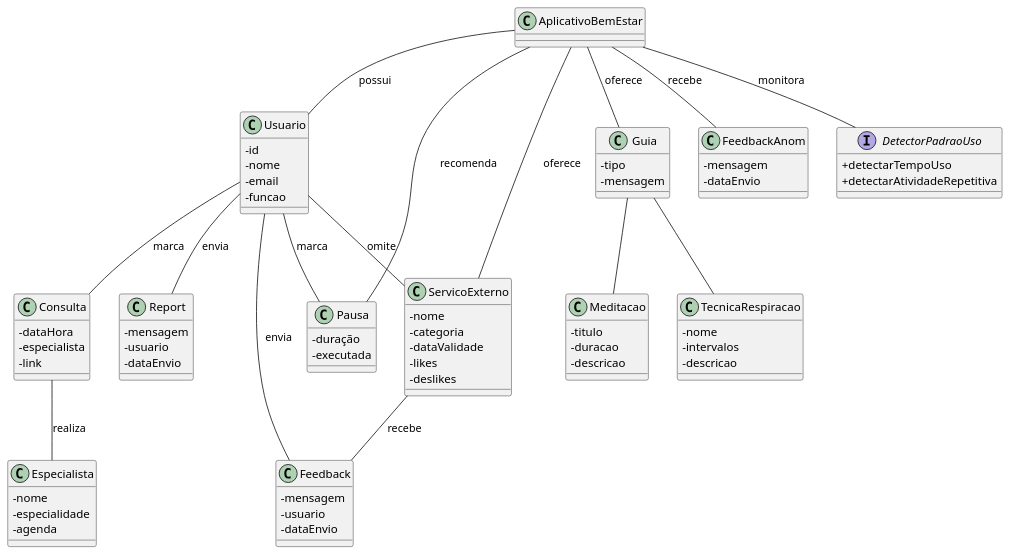
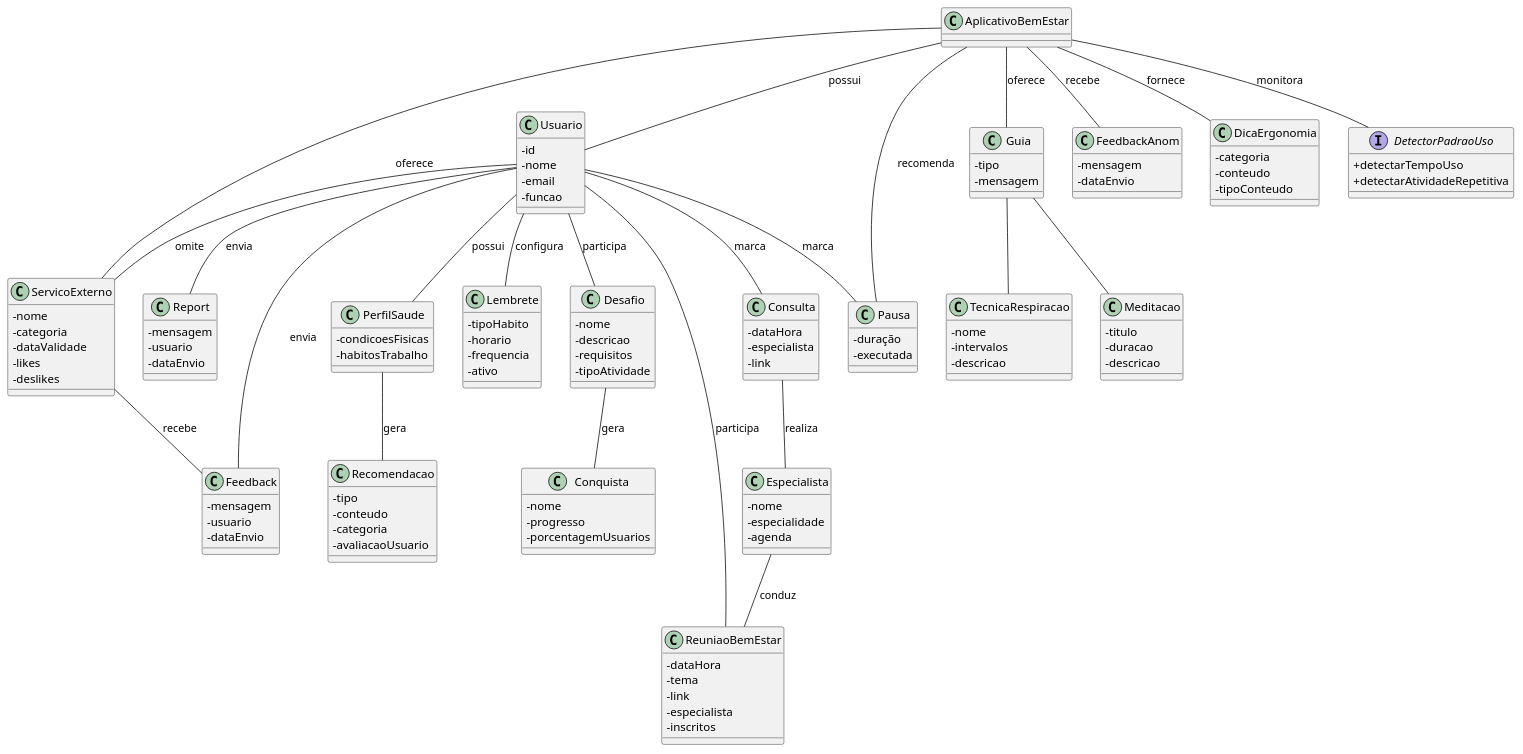
Before and after one commit to gilmarUFG/rs_es_20251_g2: the diagram in trabalho_final/modelos_uml/classes_analise.plantuml, drawn with PlantUML.

Commit message:
Update classes_analise.plantuml
Adaptando o diagrama de classes para as novas HU's

```diff
--- a/trabalho_final/modelos_uml/classes_analise.plantuml
+++ b/trabalho_final/modelos_uml/classes_analise.plantuml
@@ -1,97 +1,154 @@
 @startuml
 ' Diagrama de classes g2
 skinparam classAttributeIconSize 0
 
 class AplicativoBemEstar
 
 class Usuario {
     -id
     -nome
     -email
     -funcao
 }
 
 class Guia {
     -tipo
     -mensagem
 }
 
 class Meditacao {
     -titulo
     -duracao
     -descricao
 }
 
 class TecnicaRespiracao {
     -nome
     -intervalos
     -descricao
 }
 
 class ServicoExterno {
     -nome
     -categoria
     -dataValidade
     -likes
     -deslikes
 }
 
 class Especialista {
     -nome
     -especialidade
     -agenda
 }
 
 class Consulta {
     -dataHora
     -especialista
     -link
 }
 
 class Feedback {
     -mensagem
     -usuario
     -dataEnvio
 }
 
 class Report {
     -mensagem
     -usuario
     -dataEnvio
 }
 
 class FeedbackAnom {
     -mensagem
     -dataEnvio
 }
 
 class Pausa {
     -duração
     -executada
 }
 
+class PerfilSaude {
+    -condicoesFisicas
+    -habitosTrabalho
+}
+
+class Recomendacao {
+    -tipo
+    -conteudo
+    -categoria
+    -avaliacaoUsuario
+}
+
+class DicaErgonomia {
+    -categoria
+    -conteudo
+    -tipoConteudo
+}
+
+class Lembrete {
+    -tipoHabito
+    -horario
+    -frequencia
+    -ativo
+}
+
+class ReuniaoBemEstar {
+    -dataHora
+    -tema
+    -link
+    -especialista
+    -inscritos
+}
+
+class Desafio {
+    -nome
+    -descricao
+    -requisitos
+    -tipoAtividade
+}
+
+class Conquista {
+    -nome
+    -progresso
+    -porcentagemUsuarios
+}
+
 interface DetectorPadraoUso {
     +detectarTempoUso
     +detectarAtividadeRepetitiva
 }
 
 AplicativoBemEstar  --  DetectorPadraoUso : monitora
 AplicativoBemEstar  --  Usuario : possui
 AplicativoBemEstar  --  ServicoExterno : oferece
 AplicativoBemEstar  --  Guia : oferece
 AplicativoBemEstar  --  FeedbackAnom :recebe
 AplicativoBemEstar  --  Pausa :recomenda
+AplicativoBemEstar -- DicaErgonomia : fornece
 
 Usuario  --  Consulta : marca
 Usuario -- Feedback : envia
 Usuario  --  Pausa : marca
 Usuario  --  Report : envia
 Usuario  --  ServicoExterno : omite
+Usuario -- PerfilSaude : possui
+Usuario -- Lembrete : configura
+Usuario -- ReuniaoBemEstar : participa
+Usuario -- Desafio : participa
 
 Consulta  --  Especialista : realiza
 
 Guia -- Meditacao 
 Guia -- TecnicaRespiracao
 
 ServicoExterno -- Feedback : recebe
+
+Especialista -- ReuniaoBemEstar : conduz
+
+Desafio -- Conquista : gera
+
+PerfilSaude -- Recomendacao : gera
 @enduml
```
